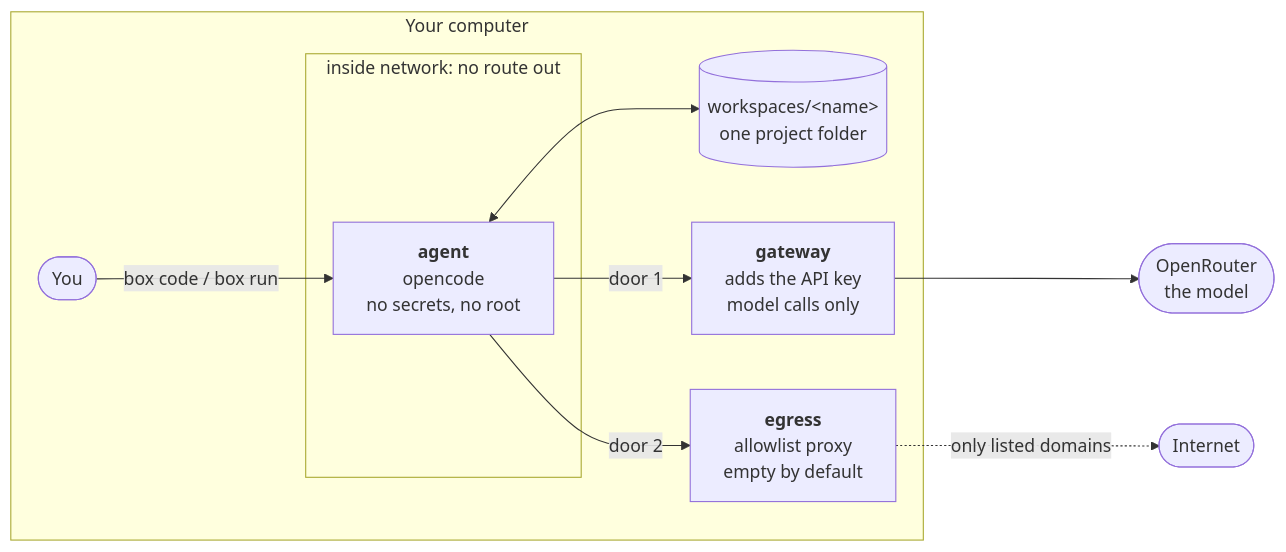
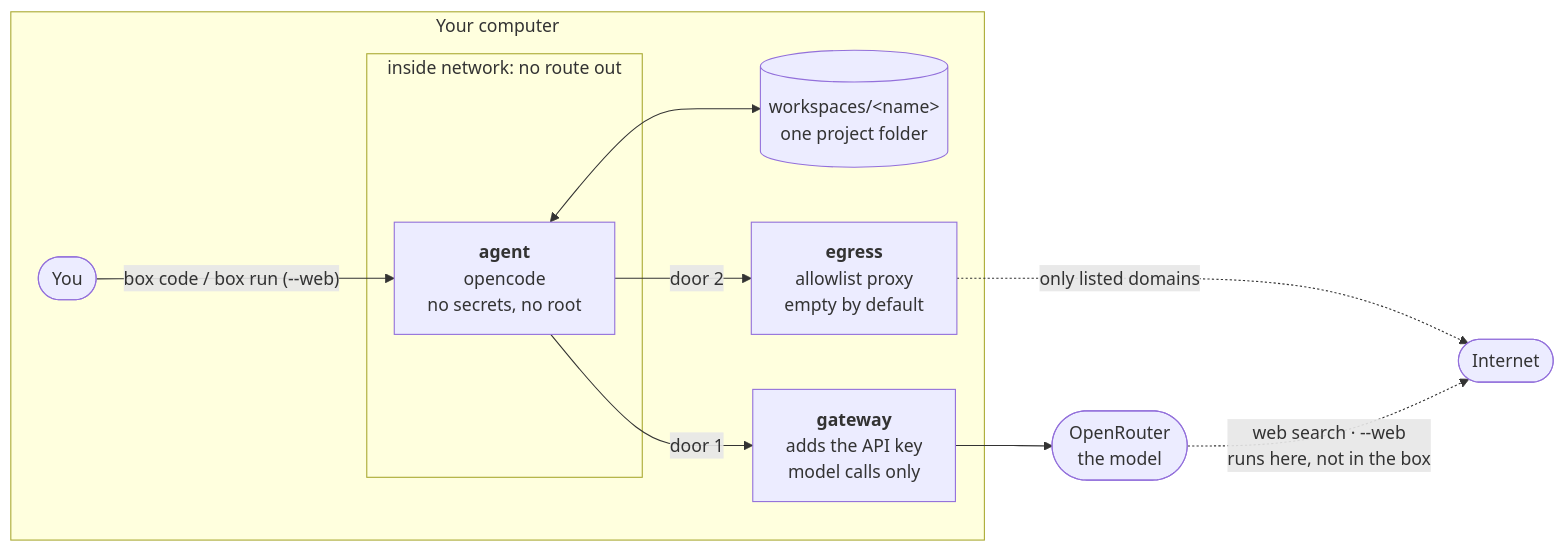
Before and after one commit to robertbarcik/agent-box: the diagram in README.md, drawn with Mermaid. The commit also changed other lines of this file and 4 other files, not shown here.

First line of the commit message:
agent-box: add opt-in web search (--web) and fix model output limits

````diff
--- a/README.md
+++ b/README.md
@@ -21,19 +21,20 @@
 ```mermaid
 flowchart LR
     subgraph host["Your computer"]
         you(["You"])
         ws[("workspaces/&lt;name&gt;<br/>one project folder")]
         subgraph inside["inside network: no route out"]
             agent["<b>agent</b><br/>opencode<br/>no secrets, no root"]
         end
         gateway["<b>gateway</b><br/>adds the API key<br/>model calls only"]
         egress["<b>egress</b><br/>allowlist proxy<br/>empty by default"]
     end
     model(["OpenRouter<br/>the model"])
     net(["Internet"])
 
-    you -- "box code / box run" --> agent
+    you -- "box code / box run (--web)" --> agent
     agent <--> ws
     agent -- "door 1" --> gateway --> model
     agent -- "door 2" --> egress -. "only listed domains" .-> net
+    model -. "web search · --web<br/>runs here, not in the box" .-> net
 ```
````
